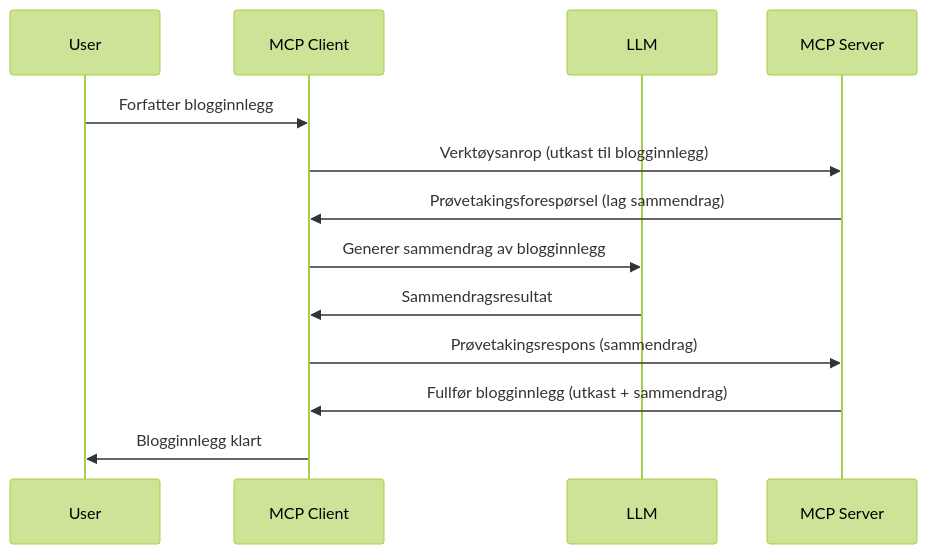
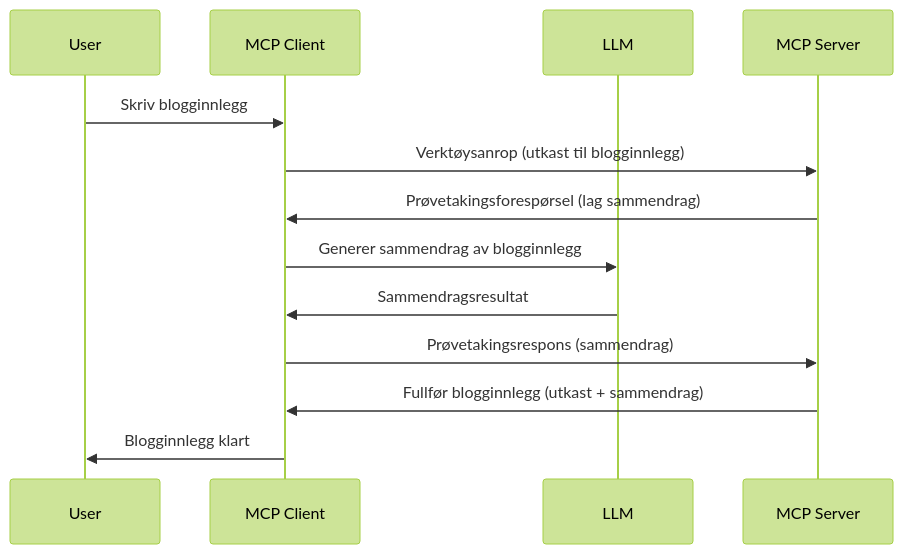
One commit to HIDORAKAI002/ai-workspace-archive changed the diagram in mcp_ecosystem__model_context_protocol/mcp_learning_resources/mcp-for-beginners/translations/no/03-GettingStarted/14-sampling/README.md. Above: the diagram before and after it, drawn with Mermaid (forest theme). The commit also changed other lines of this file and 1160 other files, not shown here.

````diff
--- a/mcp_ecosystem__model_context_protocol/mcp_learning_resources/mcp-for-beginners/translations/no/03-GettingStarted/14-sampling/README.md
+++ b/mcp_ecosystem__model_context_protocol/mcp_learning_resources/mcp-for-beginners/translations/no/03-GettingStarted/14-sampling/README.md
@@ -23,16 +23,16 @@
 ```mermaid
 sequenceDiagram
     participant User
     participant MCP Client
     participant LLM
     participant MCP Server
 
-    User->>MCP Client: Forfatter blogginnlegg
+    User->>MCP Client: Skriv blogginnlegg
     MCP Client->>MCP Server: Verktøysanrop (utkast til blogginnlegg)
     MCP Server->>MCP Client: Prøvetakingsforespørsel (lag sammendrag)
     MCP Client->>LLM: Generer sammendrag av blogginnlegg
     LLM->>MCP Client: Sammendragsresultat
     MCP Client->>MCP Server: Prøvetakingsrespons (sammendrag)
     MCP Server->>MCP Client: Fullfør blogginnlegg (utkast + sammendrag)
     MCP Client->>User: Blogginnlegg klart
 ```
````
